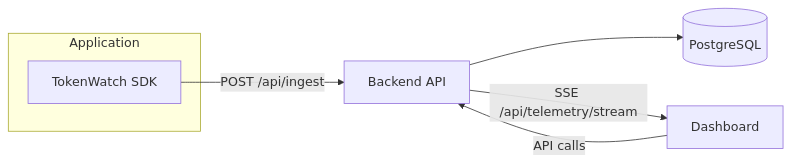
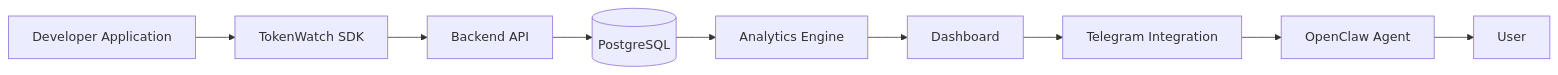
The diagram in README.md (ZainabTravadi/Token-Watcher-AI-API-Cost-Tracker), drawn with Mermaid before and after one commit. The commit also changed other lines of this file and 24 other files, not shown here.

````diff
--- a/README.md
+++ b/README.md
@@ -91,16 +48,14 @@
 ```mermaid
 flowchart LR
+  App[Developer Application]
+  SDK[TokenWatch SDK]
+  API[Backend API]
+  DB[(PostgreSQL)]
+  Engine[Analytics Engine]
+  Dash[Dashboard]
+  TG[Telegram Integration]
+  OC[OpenClaw Agent]
+  User[User]
 
-    subgraph Application
-        SDK["TokenWatch SDK"]
-    end
-
-    Backend["Backend API"]
-	DB[(PostgreSQL)]
-    Frontend["Dashboard"]
-
-    SDK -->|POST /api/ingest| Backend
-    Backend --> DB
-    Backend -->|SSE /api/telemetry/stream| Frontend
-    Frontend -->|API calls| Backend
+  App --> SDK --> API --> DB --> Engine --> Dash --> TG --> OC --> User
 ```
````
